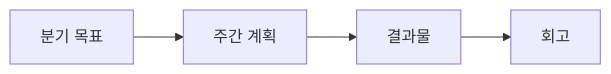
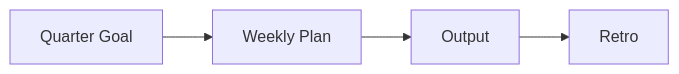
The diagram in content/developer-career-101/ko/03-learning-plan.md (yeongseon-books/book-content), drawn with Mermaid before and after one commit. The commit also changed other lines of this file and 9 other files, not shown here.

````diff
--- a/content/developer-career-101/ko/03-learning-plan.md
+++ b/content/developer-career-101/ko/03-learning-plan.md
@@ -46,6 +52,6 @@
 ```mermaid
 flowchart LR
-    Q[분기 목표] --> W[주간 계획]
-    W --> O[결과물]
-    O --> R[회고]
+    Q[Quarter Goal] --> W[Weekly Plan]
+    W --> O[Output]
+    O --> R[Retro]
 ```
````
